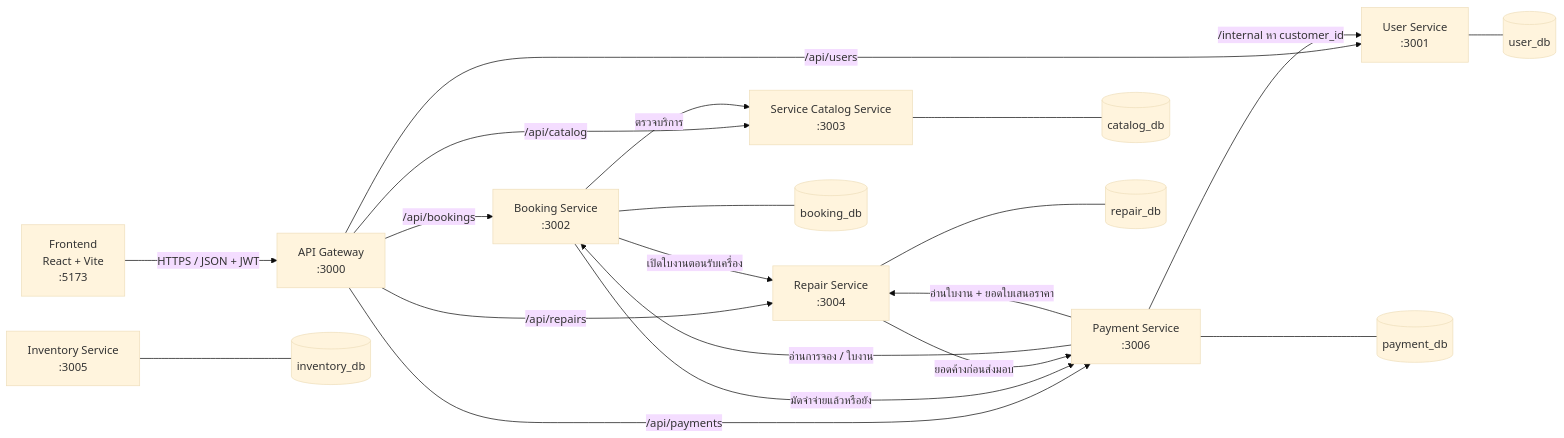
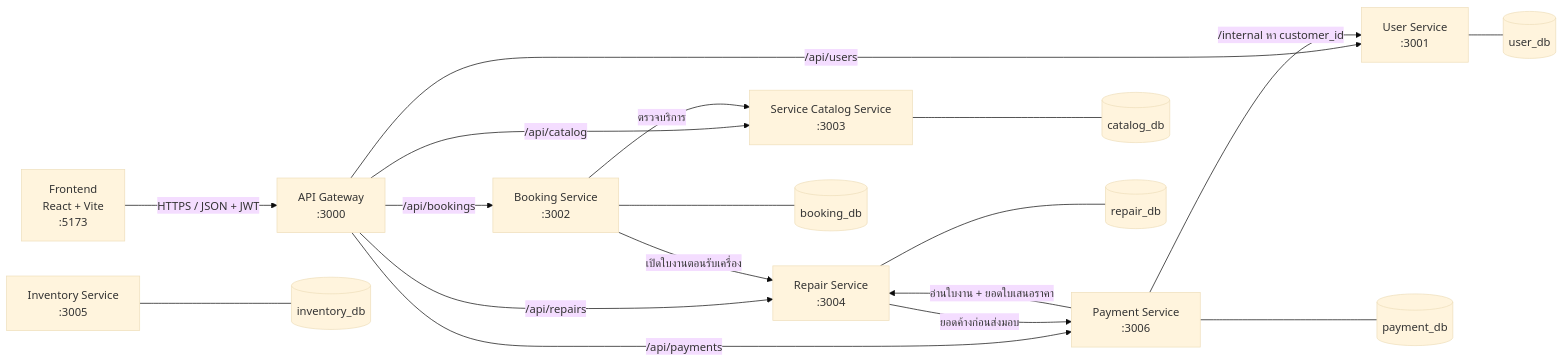
Before and after one commit to Best-Boun/Com-tle: the first of 2 diagrams in README.md, drawn with Mermaid (base theme). The commit also changed other lines of this file and 31 other files, not shown here.

````diff
--- a/README.md
+++ b/README.md
@@ -17,26 +17,24 @@
 ```mermaid
 flowchart LR
     FE["Frontend<br/>React + Vite<br/>:5173"] -->|HTTPS / JSON + JWT| GW["API Gateway<br/>:3000"]
 
     GW -->|/api/users| US["User Service<br/>:3001"]
     GW -->|/api/bookings| BS["Booking Service<br/>:3002"]
     GW -->|/api/catalog| CS["Service Catalog Service<br/>:3003"]
     GW -->|/api/repairs| RS["Repair Service<br/>:3004"]
     GW -->|/api/payments| PS["Payment Service<br/>:3006"]
     IS["Inventory Service<br/>:3005"]
 
     BS -->|ตรวจบริการ| CS
     BS -->|เปิดใบงานตอนรับเครื่อง| RS
-    BS -->|มัดจำจ่ายแล้วหรือยัง| PS
-    PS -->|อ่านการจอง / ใบงาน| BS
     PS -->|อ่านใบงาน + ยอดใบเสนอราคา| RS
     RS -->|ยอดค้างก่อนส่งมอบ| PS
     PS -->|/internal หา customer_id| US
 
     US --- UDB[(user_db)]
     BS --- BDB[(booking_db)]
     CS --- CDB[(catalog_db)]
     RS --- RDB[(repair_db)]
     IS --- IDB[(inventory_db)]
     PS --- PDB[(payment_db)]
 ```
````
